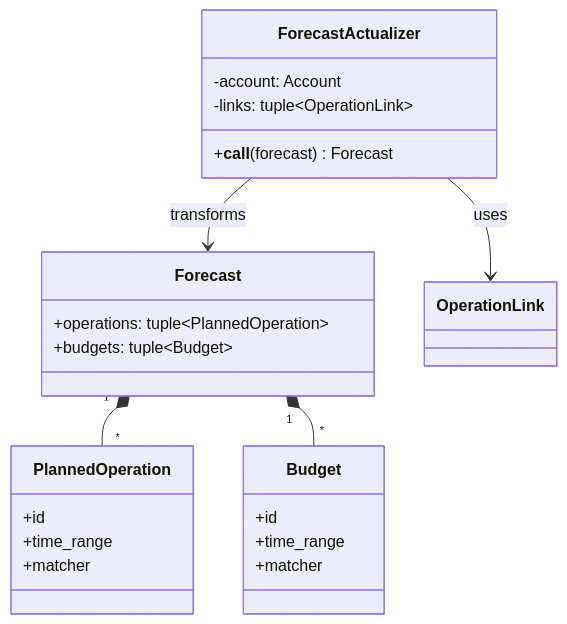
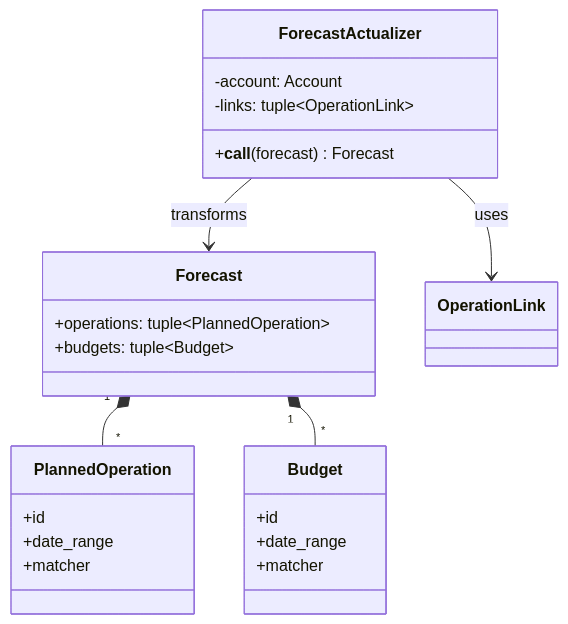
One commit to corentin-core/budget-forecaster changed the first of 5 diagrams in docs/dev/forecast.md. Above: the diagram before and after it, drawn with Mermaid. The commit also changed 41 other files, not shown here.

First line of the commit message:
refactor: rename TimeRange classes to DateRange/Day terminology (#179) (#180)

````diff
--- a/docs/dev/forecast.md
+++ b/docs/dev/forecast.md
@@ -8,30 +8,30 @@
 ```mermaid
 classDiagram
     class Forecast {
         +operations: tuple~PlannedOperation~
         +budgets: tuple~Budget~
     }
 
     class ForecastActualizer {
         -account: Account
         -links: tuple~OperationLink~
         +__call__(forecast) Forecast
     }
 
     class PlannedOperation {
         +id
-        +time_range
+        +date_range
         +matcher
     }
 
     class Budget {
         +id
-        +time_range
+        +date_range
         +matcher
     }
 
     Forecast "1" *-- "*" PlannedOperation
     Forecast "1" *-- "*" Budget
     ForecastActualizer --> Forecast : transforms
     ForecastActualizer --> OperationLink : uses
 ```
````
